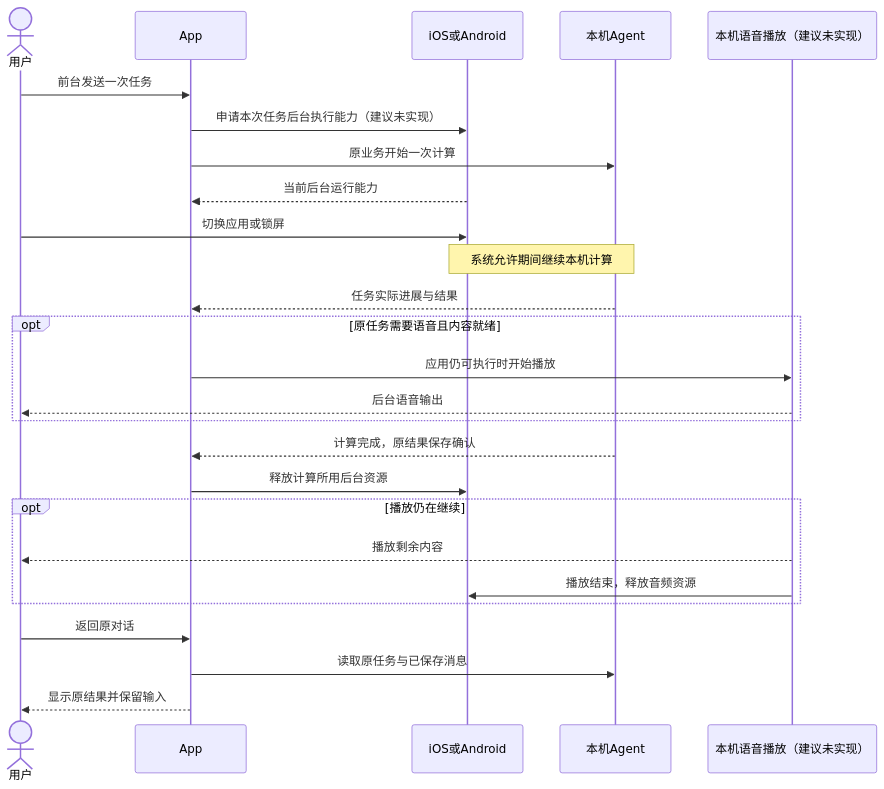
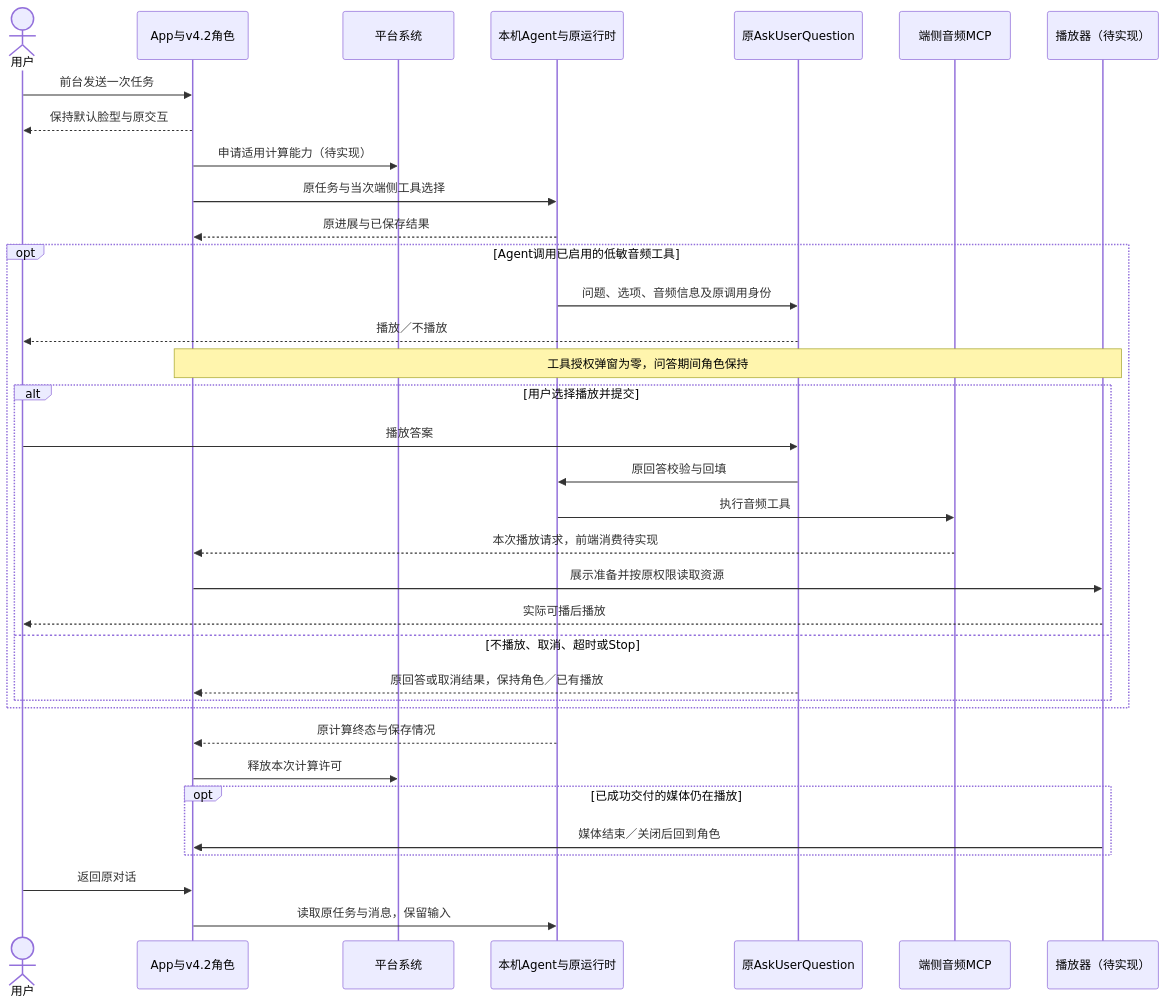
Before and after one commit to glide-the/im-dream: the first of 11 diagrams in docs/design/multi-platform/mobile-recovery-interaction.md, drawn with Mermaid. The commit also changed other lines of this file and 91 other files, not shown here.

````diff
--- a/docs/design/multi-platform/mobile-recovery-interaction.md
+++ b/docs/design/multi-platform/mobile-recovery-interaction.md
@@ -73,28 +95,37 @@
 ```mermaid
 sequenceDiagram
     actor U as 用户
-    participant A as App
-    participant OS as iOS或Android
-    participant C as 本机Agent
-    participant P as 本机语音播放（建议未实现）
+    participant A as App与v4.2角色
+    participant OS as 平台系统
+    participant C as 本机Agent与原运行时
+    participant Q as 原AskUserQuestion
+    participant M as 端侧音频MCP
+    participant P as 播放器（待实现）
     U->>A: 前台发送一次任务
-    A->>OS: 申请本次任务后台执行能力（建议未实现）
-    A->>C: 原业务开始一次计算
-    OS-->>A: 当前后台运行能力
-    U->>OS: 切换应用或锁屏
-    Note over OS,C: 系统允许期间继续本机计算
-    C-->>A: 任务实际进展与结果
-    opt 原任务需要语音且内容就绪
-        A->>P: 应用仍可执行时开始播放
-        P-->>U: 后台语音输出
+    A-->>U: 保持默认脸型与原交互
+    A->>OS: 申请适用计算能力（待实现）
+    A->>C: 原任务与当次端侧工具选择
+    C-->>A: 原进展与已保存结果
+    opt Agent调用已启用的低敏音频工具
+        C->>Q: 问题、选项、音频信息及原调用身份
+        Q-->>U: 播放／不播放
+        Note over A,P: 工具授权弹窗为零，问答期间角色保持
+        alt 用户选择播放并提交
+            U->>Q: 播放答案
+            Q->>C: 原回答校验与回填
+            C->>M: 执行音频工具
+            M-->>A: 本次播放请求，前端消费待实现
+            A->>P: 展示准备并按原权限读取资源
+            P-->>U: 实际可播后播放
+        else 不播放、取消、超时或Stop
+            Q-->>A: 原回答或取消结果，保持角色／已有播放
+        end
     end
-    C-->>A: 计算完成，原结果保存确认
-    A->>OS: 释放计算所用后台资源
-    opt 播放仍在继续
-        P-->>U: 播放剩余内容
-        P->>OS: 播放结束，释放音频资源
+    C-->>A: 原计算终态与保存情况
+    A->>OS: 释放本次计算许可
+    opt 已成功交付的媒体仍在播放
+        P->>A: 媒体结束／关闭后回到角色
     end
     U->>A: 返回原对话
-    A->>C: 读取原任务与已保存消息
-    A-->>U: 显示原结果并保留输入
+    A->>C: 读取原任务与消息，保留输入
 ```
````
